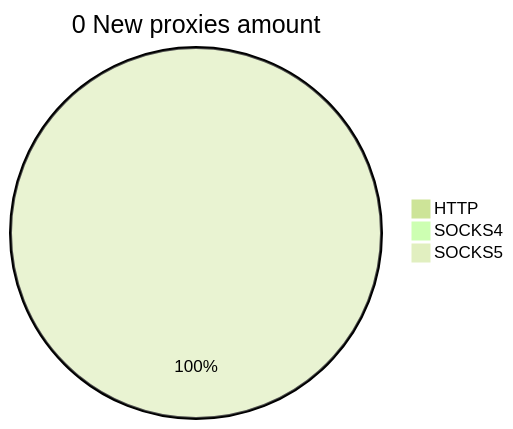
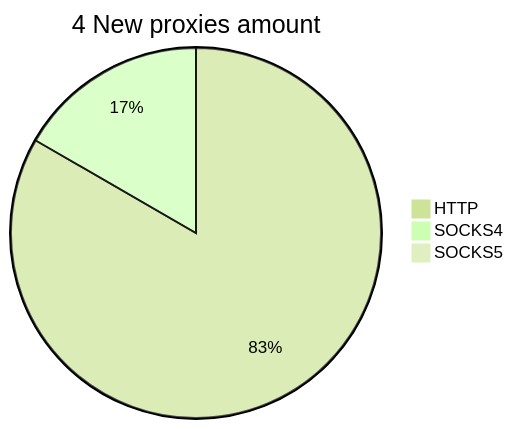
The second of 2 diagrams in README.md (cutipu/proxylist), drawn with Mermaid (forest theme) before and after one commit. The commit also changed other lines of this file, not shown here.

````diff
--- a/README.md
+++ b/README.md
@@ -10,6 +10,6 @@
 ```mermaid
-pie title 0 New proxies amount
-    "HTTP" : 0
-    "SOCKS4" : 0
-    "SOCKS5" : 2
+pie title 4 New proxies amount
+    "HTTP" : 5
+    "SOCKS4" : 1
+    "SOCKS5" : 0
 ```
````
